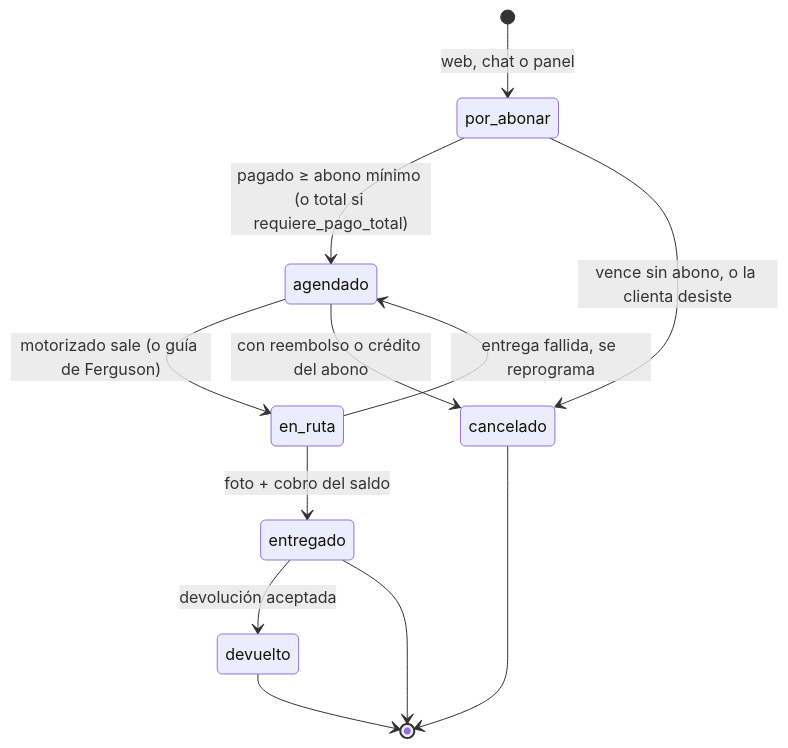
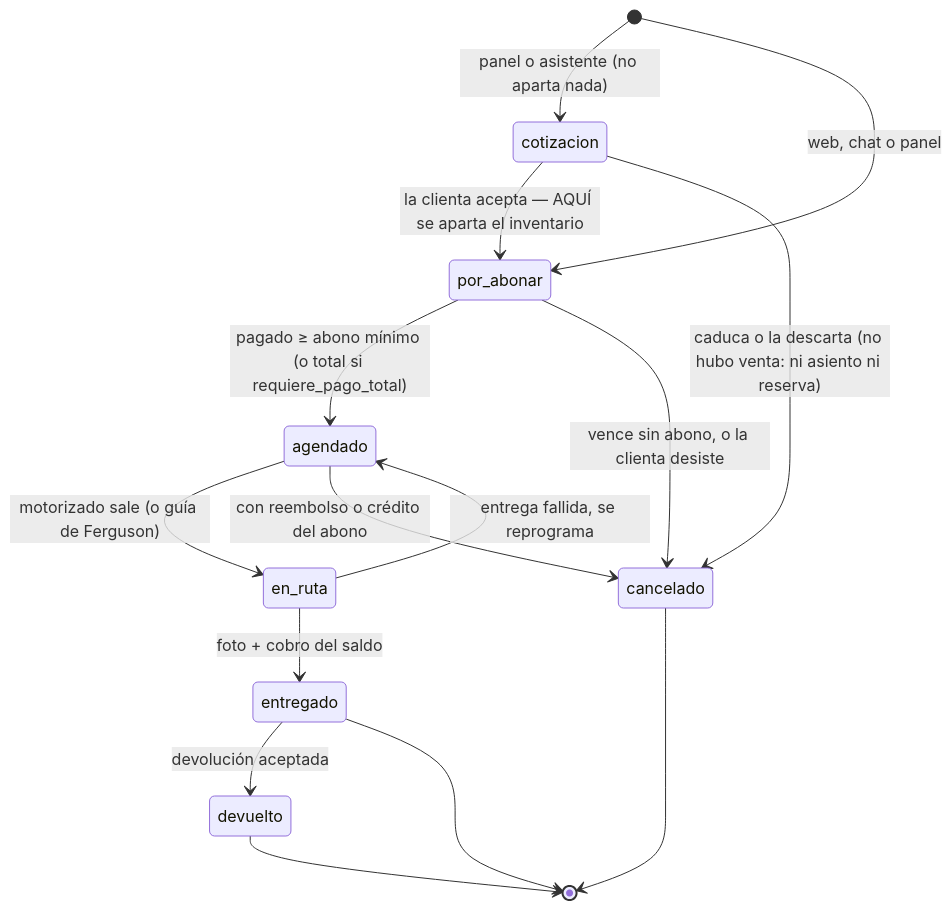
Before and after one commit to abrinay1997-stack/Baby-caleb: the diagram in docs/plan/02-datos.md, drawn with Mermaid. The commit also changed other lines of this file and 36 other files, not shown here.

````diff
--- a/docs/plan/02-datos.md
+++ b/docs/plan/02-datos.md
@@ -356,14 +356,17 @@
 ```mermaid
 stateDiagram-v2
+  [*] --> cotizacion: panel o asistente (no aparta nada)
   [*] --> por_abonar: web, chat o panel
+  cotizacion --> por_abonar: la clienta acepta — AQUÍ se aparta el inventario
+  cotizacion --> cancelado: caduca o la descarta (no hubo venta: ni asiento ni reserva)
   por_abonar --> agendado: pagado ≥ abono mínimo (o total si requiere_pago_total)
   por_abonar --> cancelado: vence sin abono, o la clienta desiste
   agendado --> en_ruta: motorizado sale (o guía de Ferguson)
   agendado --> cancelado: con reembolso o crédito del abono
   en_ruta --> entregado: foto + cobro del saldo
   en_ruta --> agendado: entrega fallida, se reprograma
   entregado --> devuelto: devolución aceptada
   entregado --> [*]
   cancelado --> [*]
   devuelto --> [*]
 ```
````
